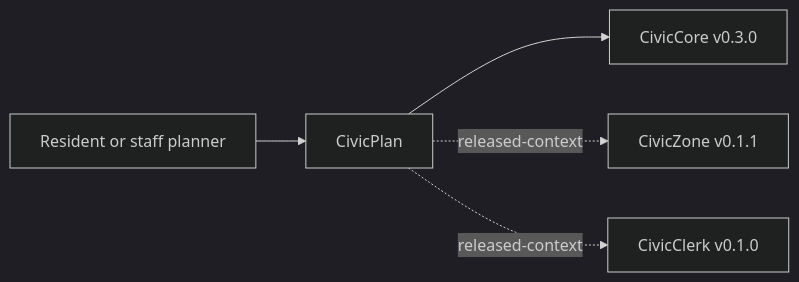
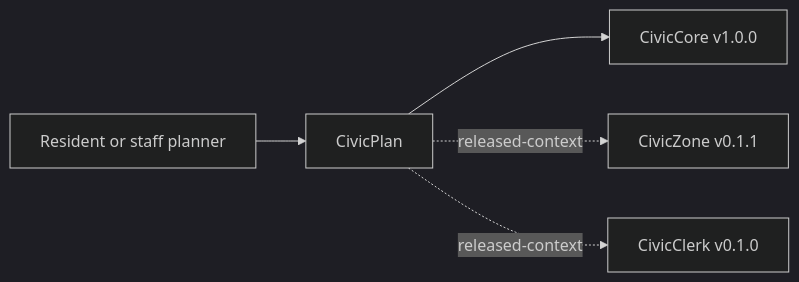
The diagram in USER-MANUAL.md (CivicSuite/civicplan), drawn with Mermaid (dark theme) before and after one commit. The commit also changed other lines of this file and 7 other files, not shown here.

Commit message:
Align CivicPlan with CivicCore v1 release

````diff
--- a/USER-MANUAL.md
+++ b/USER-MANUAL.md
@@ -34,7 +34,7 @@
 ```mermaid
 flowchart LR
   PublicUser["Resident or staff planner"] --> CivicPlan["CivicPlan"]
-  CivicPlan --> CivicCore["CivicCore v0.3.0"]
+  CivicPlan --> CivicCore["CivicCore v1.0.0"]
   CivicPlan -. released-context .-> CivicZone["CivicZone v0.1.1"]
   CivicPlan -. released-context .-> CivicClerk["CivicClerk v0.1.0"]
 ```
````
